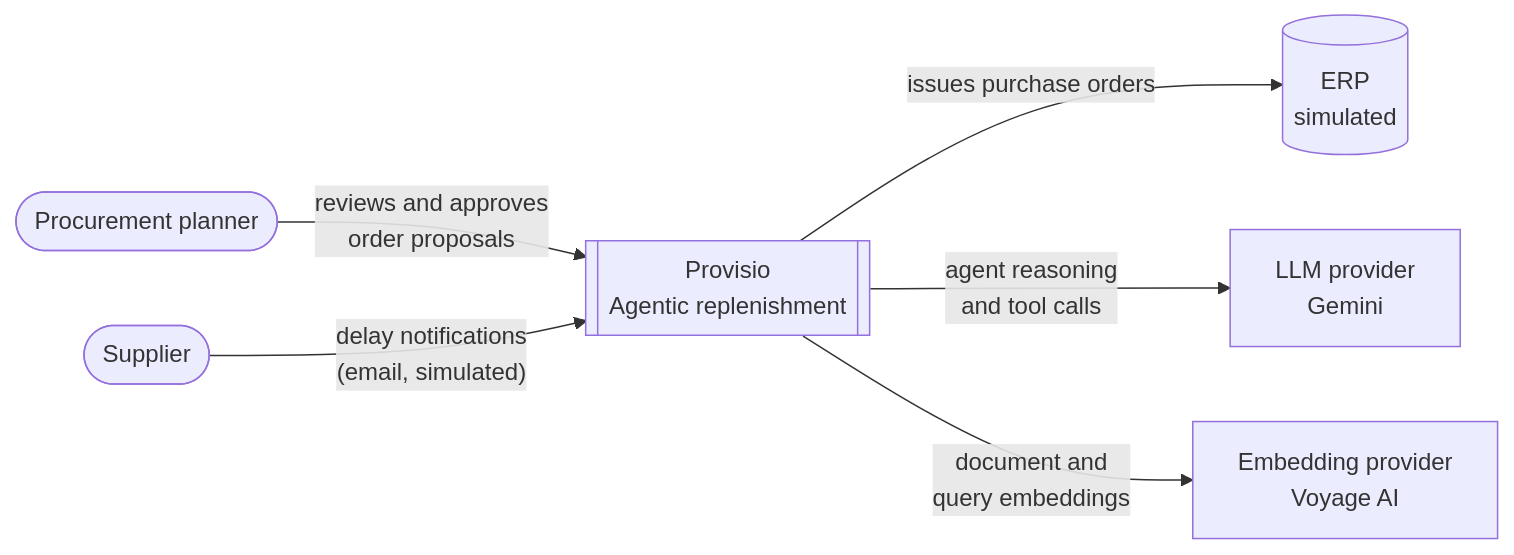
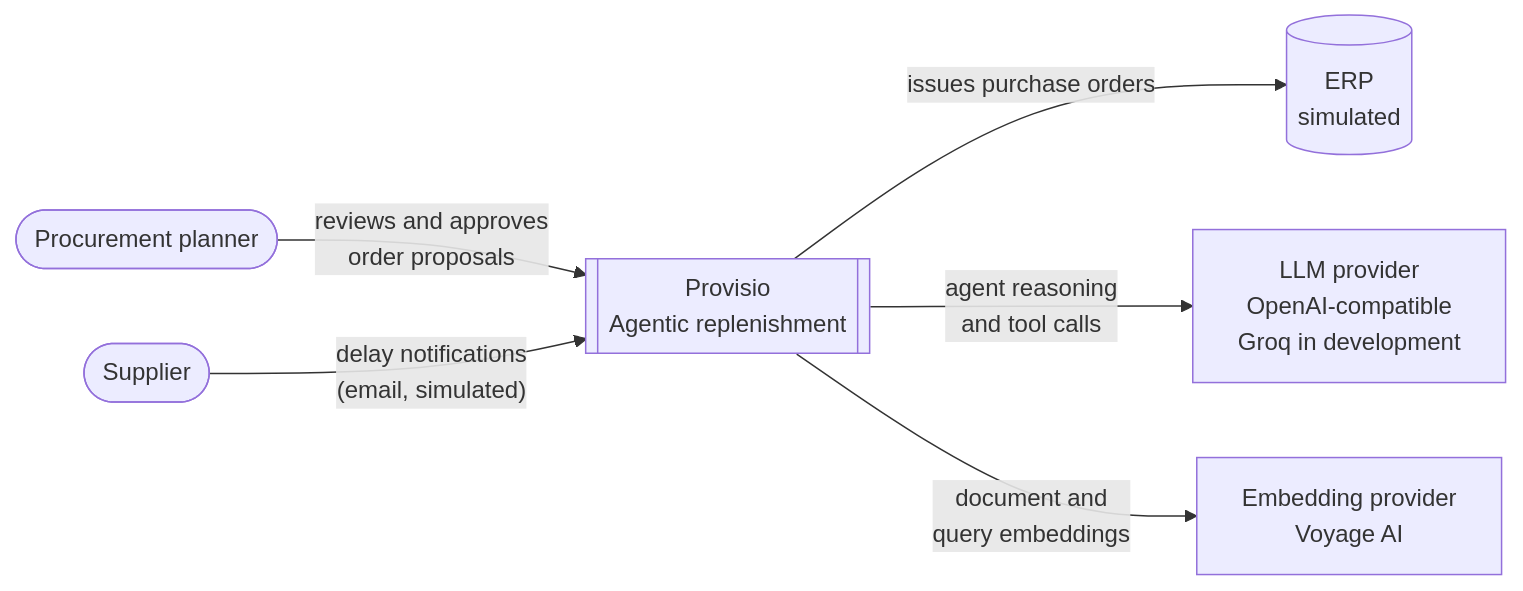
The first of 2 diagrams in docs/architecture/README.md (marco-cavedon/provisio), drawn with Mermaid before and after one commit. The commit also changed 1 other file, not shown here.

Commit message:
docs: align README and architecture diagram with ADR 0017 (Groq)
Claude-Session: https://claude.ai/code/session_01J85VqUJoXiqVsWsRfbbVZ1

````diff
--- a/docs/architecture/README.md
+++ b/docs/architecture/README.md
@@ -7,15 +7,15 @@
 ```mermaid
 flowchart LR
     planner([Procurement planner])
     supplier([Supplier])
     provisio[["Provisio<br/>Agentic replenishment"]]
     erp[(ERP<br/>simulated)]
-    llm[LLM provider<br/>Gemini]
+    llm[LLM provider<br/>OpenAI-compatible<br/>Groq in development]
     emb[Embedding provider<br/>Voyage AI]
 
     planner -- "reviews and approves<br/>order proposals" --> provisio
     supplier -- "delay notifications<br/>(email, simulated)" --> provisio
     provisio -- "issues purchase orders" --> erp
     provisio -- "agent reasoning<br/>and tool calls" --> llm
     provisio -- "document and<br/>query embeddings" --> emb
 ```
````
